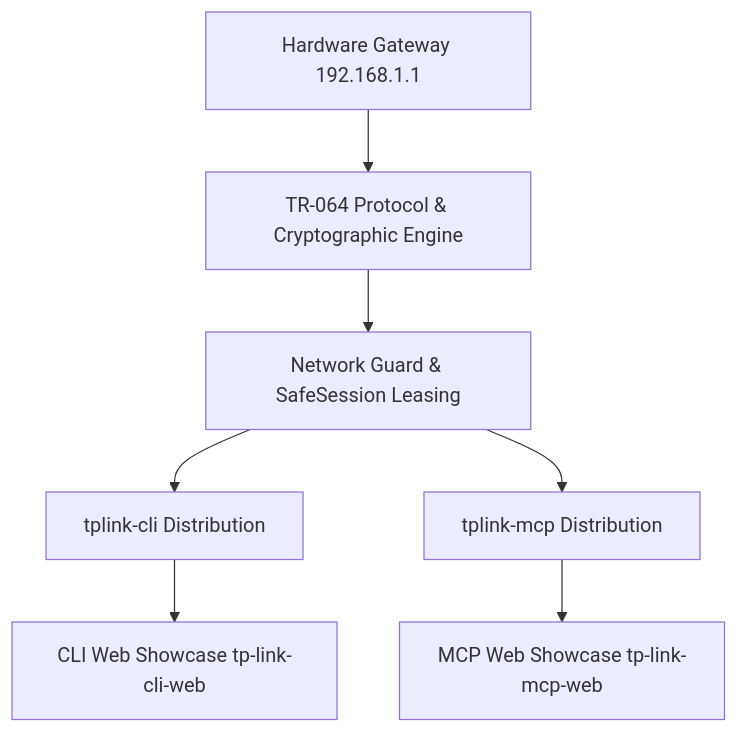
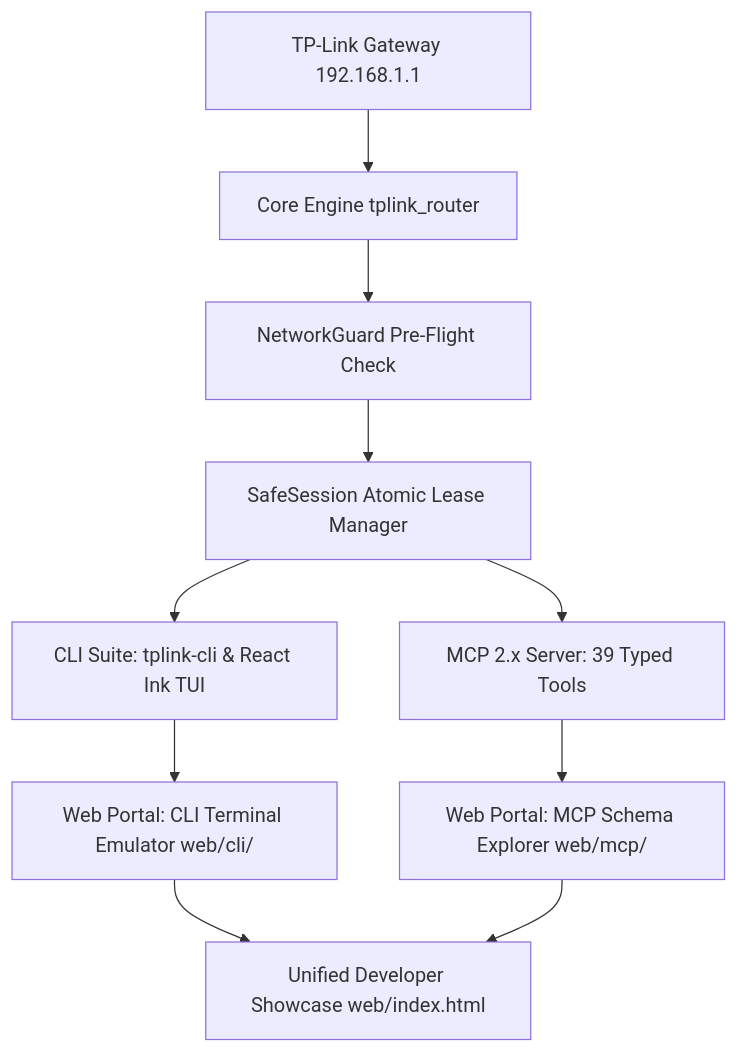
Before and after one commit to dulithdivisekara/tplink-router-builder: the diagram in README.md, drawn with Mermaid. The commit also changed other lines of this file and 42 other files, not shown here.

Commit message:
feat(monorepo): consolidate 5 repos into unified tplink-router-suite

````diff
--- a/README.md
+++ b/README.md
@@ -55,9 +54,12 @@
 ```mermaid
 graph TD
-    A[Hardware Gateway 192.168.1.1] --> B[TR-064 Protocol & Cryptographic Engine]
-    B --> C[Network Guard & SafeSession Leasing]
-    C --> D[tplink-cli Distribution]
-    C --> E[tplink-mcp Distribution]
-    D --> F[CLI Web Showcase tp-link-cli-web]
-    E --> G[MCP Web Showcase tp-link-mcp-web]
+    A[TP-Link Gateway 192.168.1.1] --> B[Core Engine tplink_router]
+    B --> C[NetworkGuard Pre-Flight Check]
+    C --> D[SafeSession Atomic Lease Manager]
+    D --> E[CLI Suite: tplink-cli & React Ink TUI]
+    D --> F[MCP 2.x Server: 39 Typed Tools]
+    E --> G[Web Portal: CLI Terminal Emulator web/cli/]
+    F --> H[Web Portal: MCP Schema Explorer web/mcp/]
+    G --> I[Unified Developer Showcase web/index.html]
+    H --> I
 ```
````
